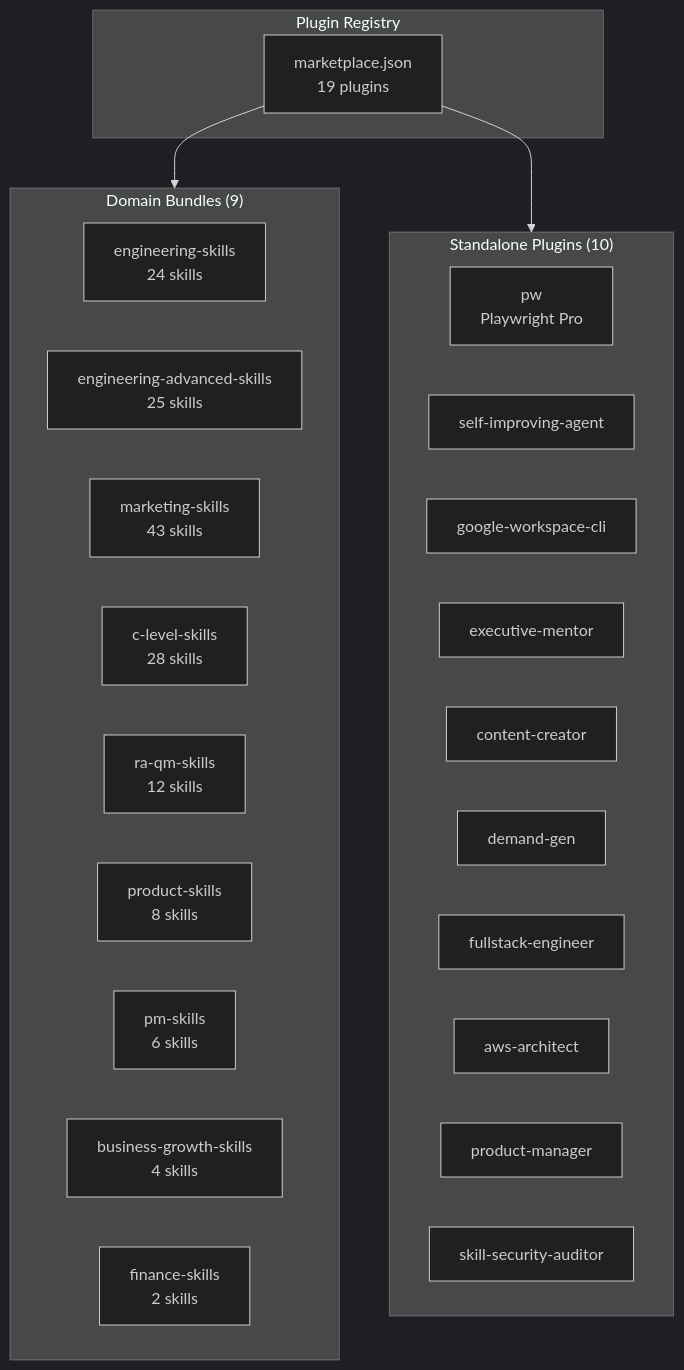
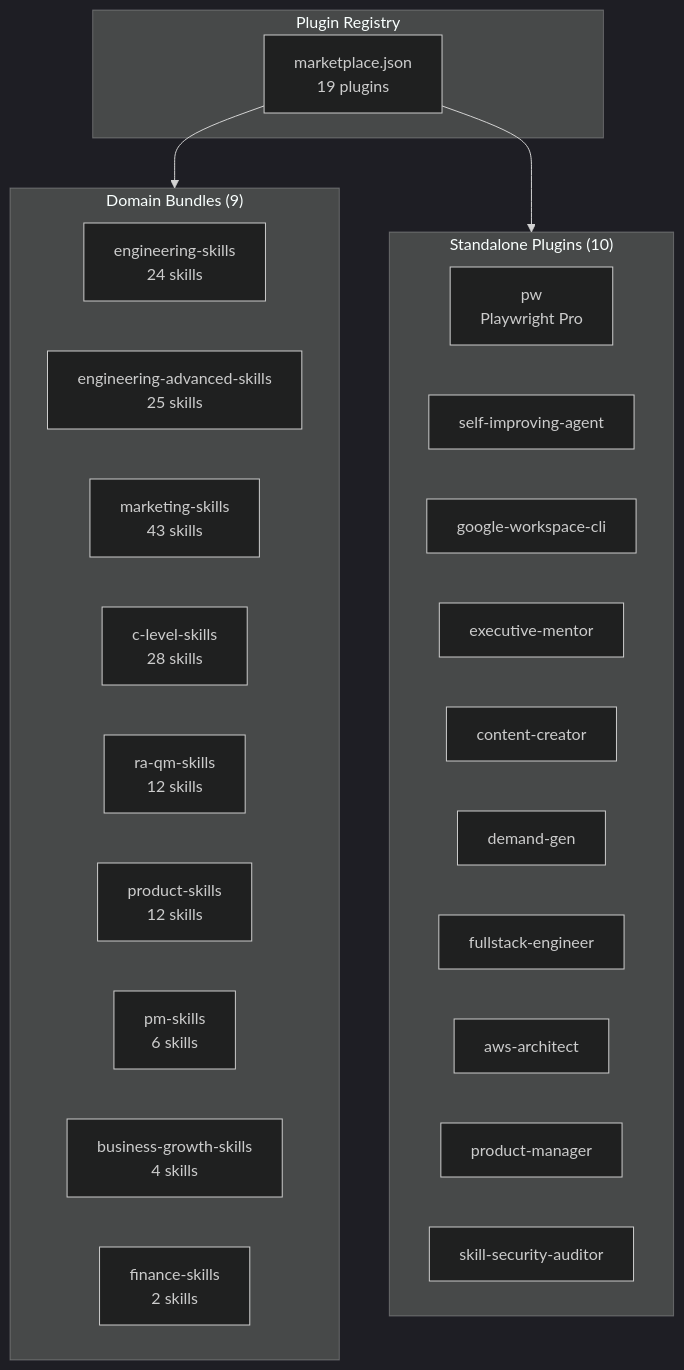
The diagram in docs/plugins/index.md (alirezarezvani/claude-skills), drawn with Mermaid (dark theme) before and after one commit. The commit also changed other lines of this file and 30 other files, not shown here.

````diff
--- a/docs/plugins/index.md
+++ b/docs/plugins/index.md
@@ -90,34 +90,34 @@
 ```mermaid
 graph TB
     subgraph Registry["Plugin Registry"]
         MP["marketplace.json<br/>19 plugins"]
     end
 
     subgraph Bundles["Domain Bundles (9)"]
         B1["engineering-skills<br/>24 skills"]
         B2["engineering-advanced-skills<br/>25 skills"]
         B3["marketing-skills<br/>43 skills"]
         B4["c-level-skills<br/>28 skills"]
         B5["ra-qm-skills<br/>12 skills"]
-        B6["product-skills<br/>8 skills"]
+        B6["product-skills<br/>12 skills"]
         B7["pm-skills<br/>6 skills"]
         B8["business-growth-skills<br/>4 skills"]
         B9["finance-skills<br/>2 skills"]
     end
 
     subgraph Standalone["Standalone Plugins (10)"]
         S1["pw<br/>Playwright Pro"]
         S2["self-improving-agent"]
         S3["google-workspace-cli"]
         S4["executive-mentor"]
         S5["content-creator"]
         S6["demand-gen"]
         S7["fullstack-engineer"]
         S8["aws-architect"]
         S9["product-manager"]
         S10["skill-security-auditor"]
     end
 
     MP --> Bundles
     MP --> Standalone
 ```
````
